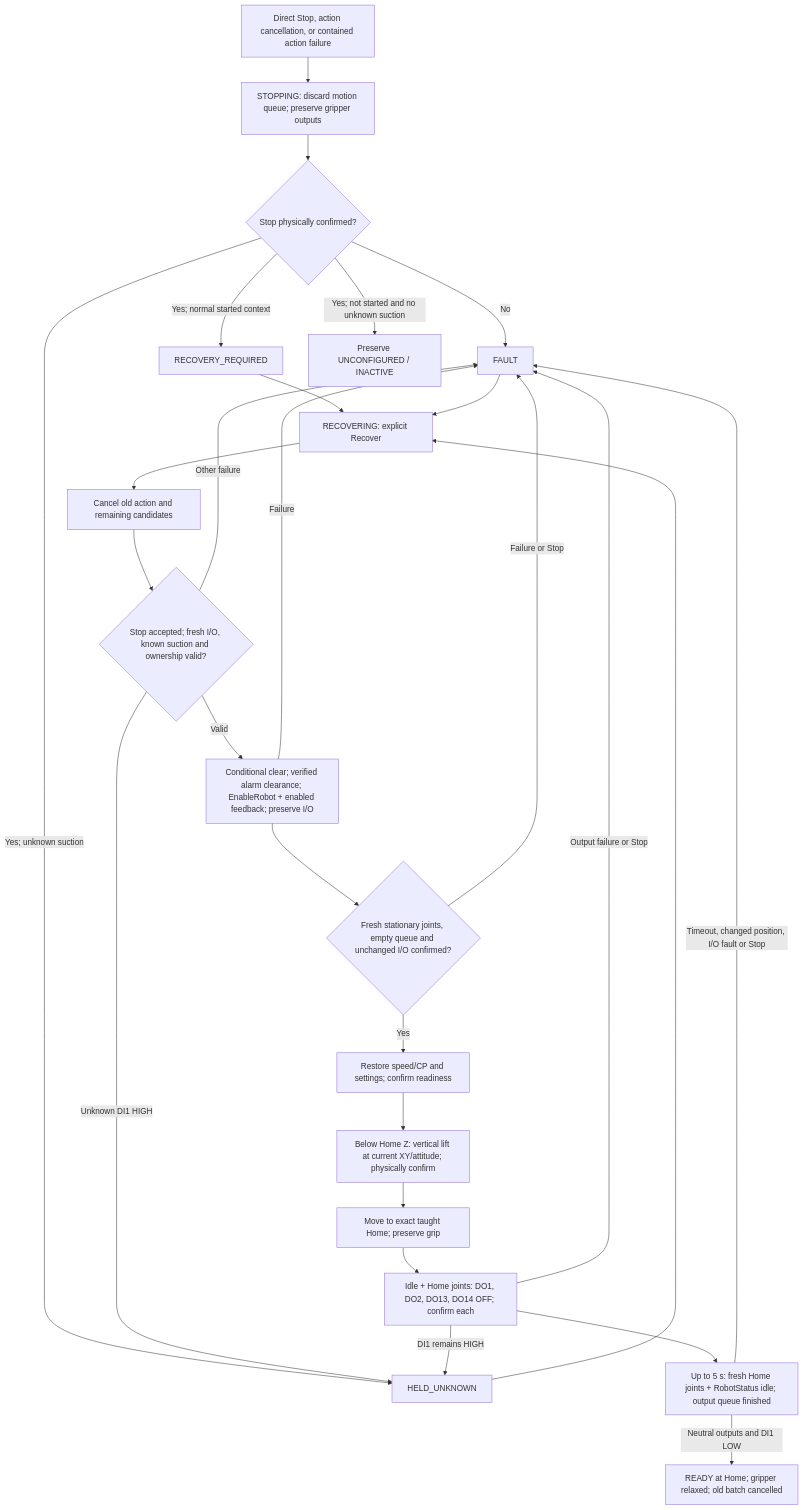
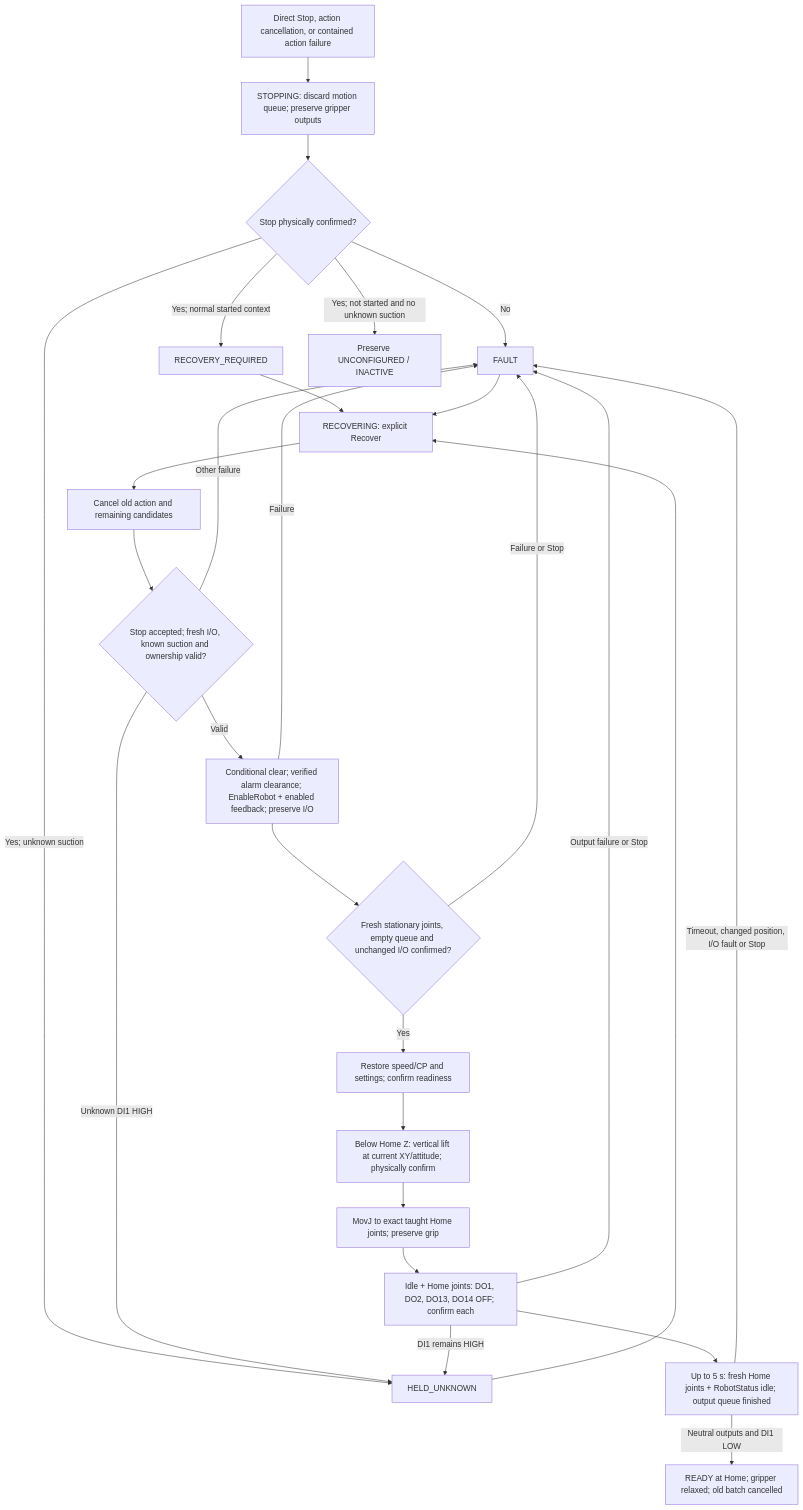
One commit to esgange/dobot_picknplace_yolo changed the eighth of 9 diagrams in docs/ROBOT_CONTROLLER_FSM.md. Above: the diagram before and after it, drawn with Mermaid. The commit also changed other lines of this file and 24 other files, not shown here.

Commit message:
Use absolute joint MovJ for all controller Home destinations

````diff
--- a/docs/ROBOT_CONTROLLER_FSM.md
+++ b/docs/ROBOT_CONTROLLER_FSM.md
@@ -1193,29 +1203,29 @@
 ```mermaid
 flowchart TD
     Interrupt["Direct Stop, action cancellation, or contained action failure"] --> Stopping["STOPPING: discard motion queue; preserve gripper outputs"]
     Stopping --> Contained{"Stop physically confirmed?"}
     Contained -->|No| Fault["FAULT"]
     Contained -->|Yes; normal started context| Required["RECOVERY_REQUIRED"]
     Contained -->|Yes; unknown suction| Unknown["HELD_UNKNOWN"]
     Contained -->|Yes; not started and no unknown suction| Before["Preserve UNCONFIGURED / INACTIVE"]
     Required --> Recover["RECOVERING: explicit Recover"]
     Fault --> Recover
     Unknown --> Recover
     Recover --> Cancel["Cancel old action and remaining candidates"]
     Cancel --> Guard{"Stop accepted; fresh I/O, known suction and ownership valid?"}
     Guard -->|Unknown DI1 HIGH| Unknown
     Guard -->|Other failure| Fault
     Guard -->|Valid| Enable["Conditional clear; verified alarm clearance; EnableRobot + enabled feedback; preserve I/O"]
     Enable -->|Failure| Fault
     Enable --> Stationary{"Fresh stationary joints, empty queue and unchanged I/O confirmed?"}
     Stationary -->|Failure or Stop| Fault
     Stationary -->|Yes| Settings["Restore speed/CP and settings; confirm readiness"]
     Settings --> Lift["Below Home Z: vertical lift at current XY/attitude; physically confirm"]
-    Lift --> Home["Move to exact taught Home; preserve grip"]
+    Lift --> Home["MovJ to exact taught Home joints; preserve grip"]
     Home --> Relax["Idle + Home joints: DO1, DO2, DO13, DO14 OFF; confirm each"]
     Relax --> Confirm["Up to 5 s: fresh Home joints + RobotStatus idle; output queue finished"]
     Confirm -->|Neutral outputs and DI1 LOW| Ready["READY at Home; gripper relaxed; old batch cancelled"]
     Confirm -->|Timeout, changed position, I/O fault or Stop| Fault
     Relax -->|DI1 remains HIGH| Unknown
     Relax -->|Output failure or Stop| Fault
 ```
````
